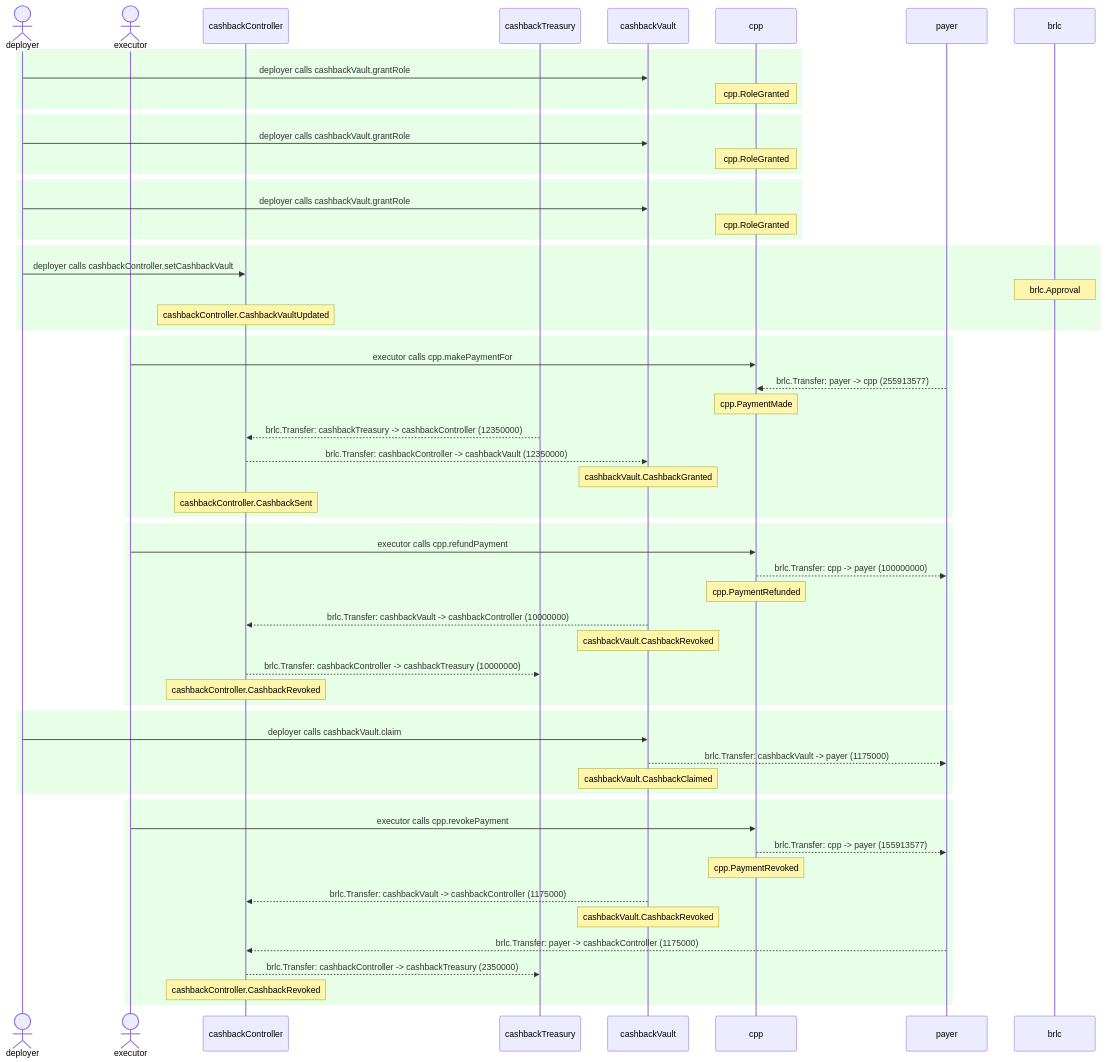
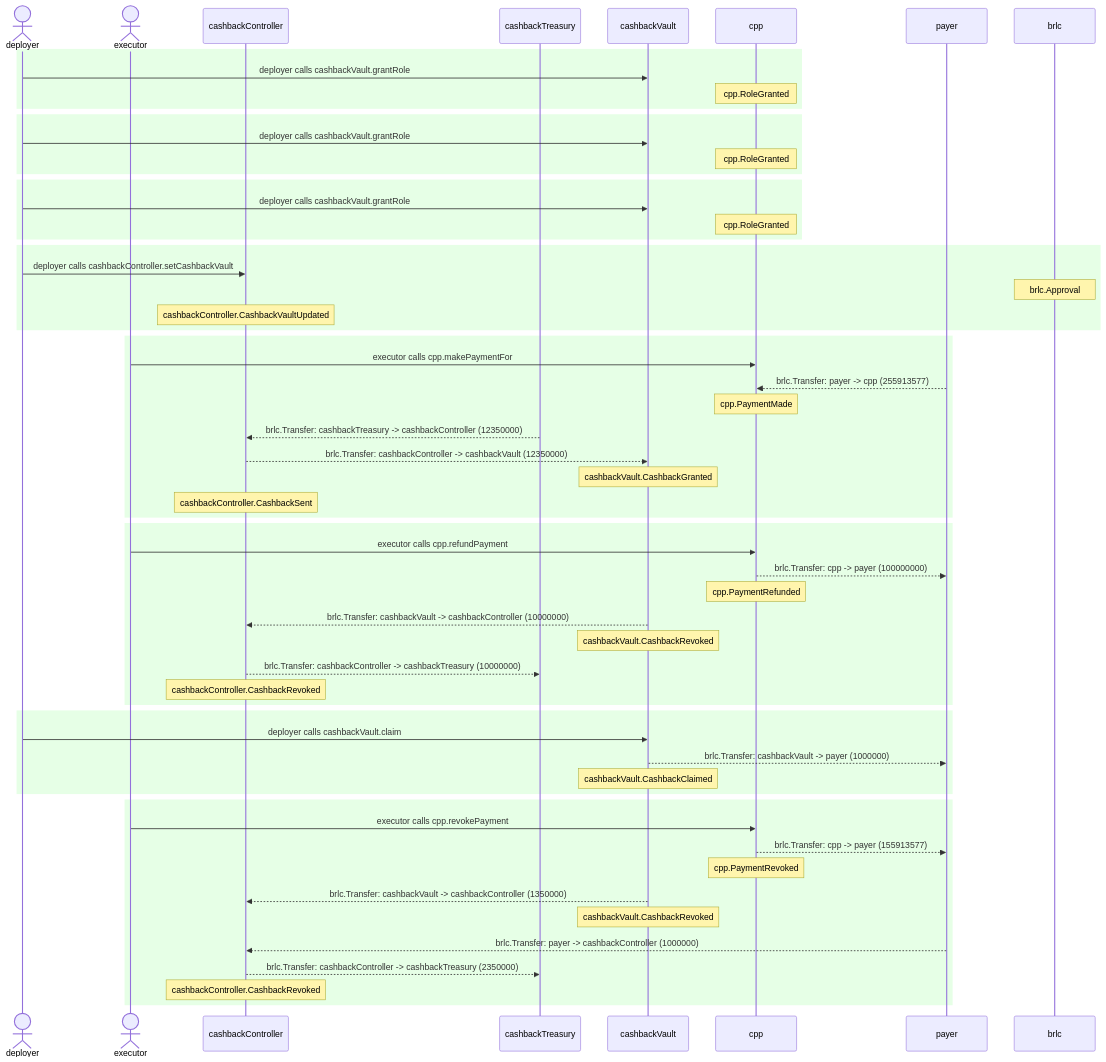
Before and after one commit to cloudwalk/brlc-card-payment-processor-v2: the diagram in test/__snapshots__humans__/CardPaymentProcessor.test.md, drawn with Mermaid. The commit also changed other lines of this file and 4 other files, not shown here.

````diff
--- a/test/__snapshots__humans__/CardPaymentProcessor.test.md
+++ b/test/__snapshots__humans__/CardPaymentProcessor.test.md
@@ -16,60 +16,60 @@
 ```mermaid
 sequenceDiagram
   actor deployer
   actor executor
   participant cashbackController
   participant cashbackTreasury
   participant cashbackVault
   participant cpp
   participant payer
   rect rgb(230,255,230)
     deployer->>cashbackVault: deployer calls cashbackVault.grantRole
     Note over cpp: cpp.RoleGranted
   end
   rect rgb(230,255,230)
     deployer->>cashbackVault: deployer calls cashbackVault.grantRole
     Note over cpp: cpp.RoleGranted
   end
   rect rgb(230,255,230)
     deployer->>cashbackVault: deployer calls cashbackVault.grantRole
     Note over cpp: cpp.RoleGranted
   end
   rect rgb(230,255,230)
     deployer->>cashbackController: deployer calls cashbackController.setCashbackVault
     Note over brlc: brlc.Approval
     Note over cashbackController: cashbackController.CashbackVaultUpdated
   end
   rect rgb(230,255,230)
     executor->>cpp: executor calls cpp.makePaymentFor
     payer-->>cpp: brlc.Transfer: payer -> cpp (255913577)
     Note over cpp: cpp.PaymentMade
     cashbackTreasury-->>cashbackController: brlc.Transfer: cashbackTreasury -> cashbackController (12350000)
     cashbackController-->>cashbackVault: brlc.Transfer: cashbackController -> cashbackVault (12350000)
     Note over cashbackVault: cashbackVault.CashbackGranted
     Note over cashbackController: cashbackController.CashbackSent
   end
   rect rgb(230,255,230)
     executor->>cpp: executor calls cpp.refundPayment
     cpp-->>payer: brlc.Transfer: cpp -> payer (100000000)
     Note over cpp: cpp.PaymentRefunded
     cashbackVault-->>cashbackController: brlc.Transfer: cashbackVault -> cashbackController (10000000)
     Note over cashbackVault: cashbackVault.CashbackRevoked
     cashbackController-->>cashbackTreasury: brlc.Transfer: cashbackController -> cashbackTreasury (10000000)
     Note over cashbackController: cashbackController.CashbackRevoked
   end
   rect rgb(230,255,230)
     deployer->>cashbackVault: deployer calls cashbackVault.claim
-    cashbackVault-->>payer: brlc.Transfer: cashbackVault -> payer (1175000)
+    cashbackVault-->>payer: brlc.Transfer: cashbackVault -> payer (1000000)
     Note over cashbackVault: cashbackVault.CashbackClaimed
   end
   rect rgb(230,255,230)
     executor->>cpp: executor calls cpp.revokePayment
     cpp-->>payer: brlc.Transfer: cpp -> payer (155913577)
     Note over cpp: cpp.PaymentRevoked
-    cashbackVault-->>cashbackController: brlc.Transfer: cashbackVault -> cashbackController (1175000)
+    cashbackVault-->>cashbackController: brlc.Transfer: cashbackVault -> cashbackController (1350000)
     Note over cashbackVault: cashbackVault.CashbackRevoked
-    payer-->>cashbackController: brlc.Transfer: payer -> cashbackController (1175000)
+    payer-->>cashbackController: brlc.Transfer: payer -> cashbackController (1000000)
     cashbackController-->>cashbackTreasury: brlc.Transfer: cashbackController -> cashbackTreasury (2350000)
     Note over cashbackController: cashbackController.CashbackRevoked
   end
 ```
````
